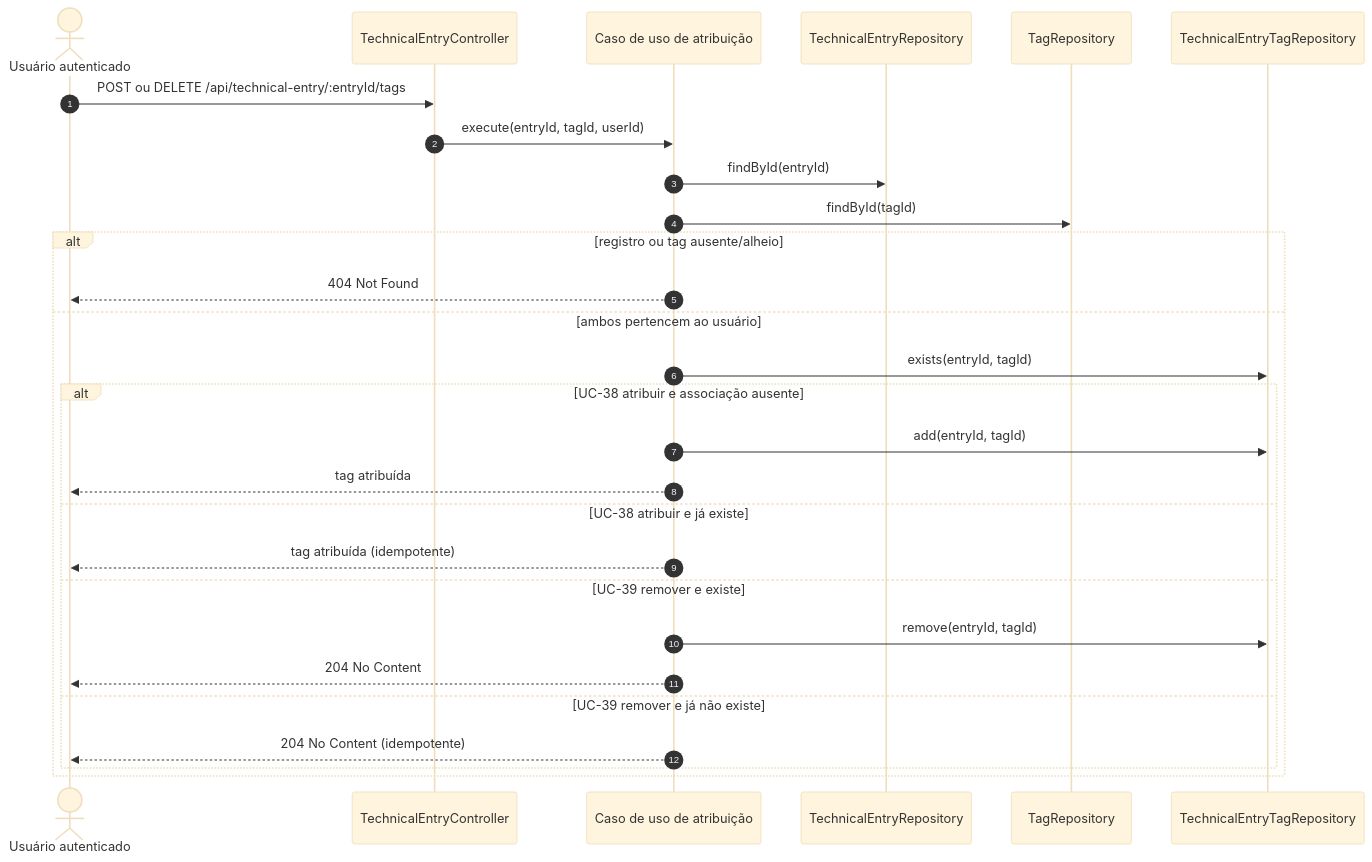
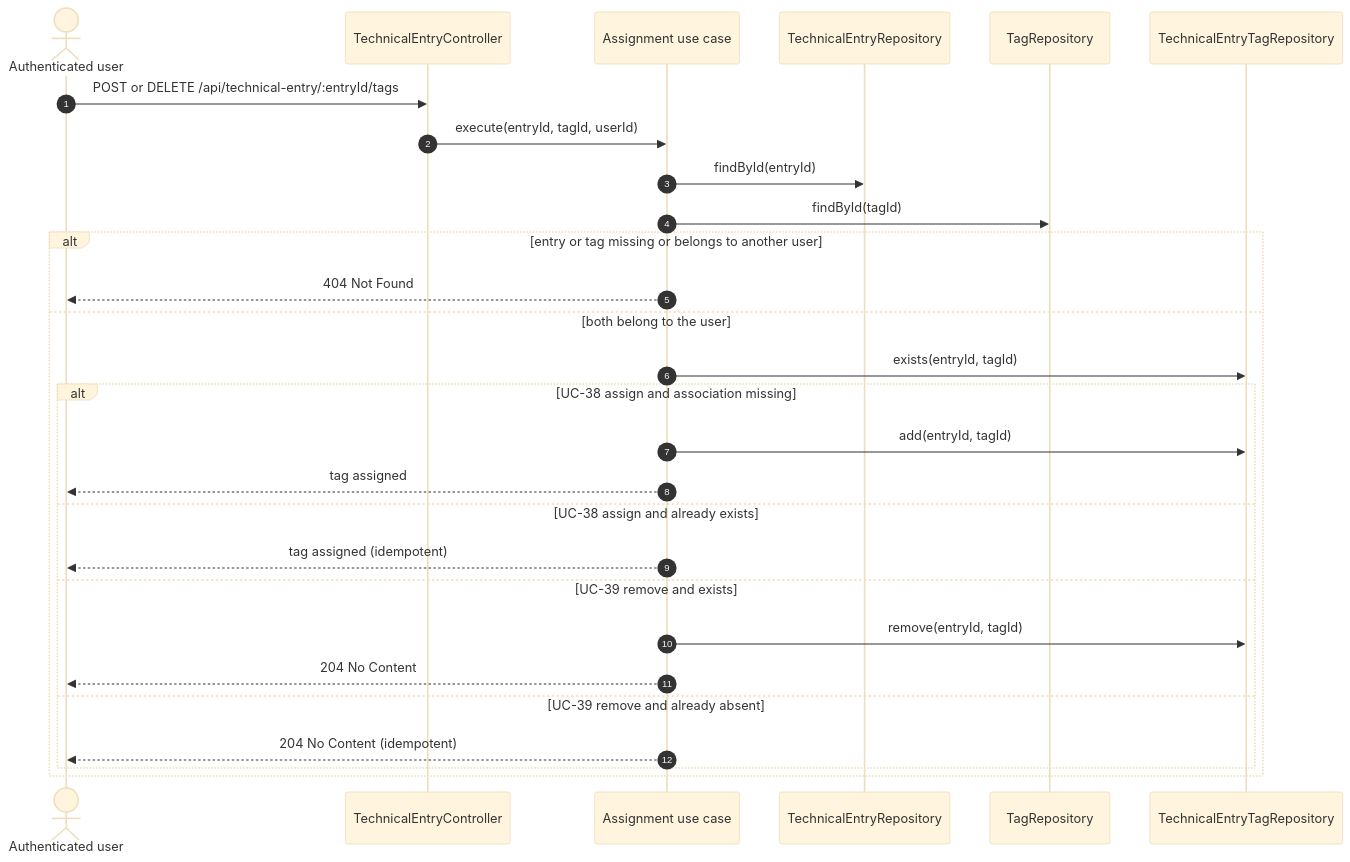
The fifth of 6 diagrams in docs/diagrams/sequences/technical-entries.md (Lucalopezz/DevLog), drawn with Mermaid (base theme) before and after one commit. The commit also changed other lines of this file and 235 other files, not shown here.

````diff
--- a/docs/diagrams/sequences/technical-entries.md
+++ b/docs/diagrams/sequences/technical-entries.md
@@ -161,31 +161,31 @@
 ```mermaid
 sequenceDiagram
     autonumber
-    actor Usuario as Usuário autenticado
+    actor UserActor as Authenticated user
     participant C as TechnicalEntryController
-    participant UC as Caso de uso de atribuição
+    participant UC as Assignment use case
     participant ERepo as TechnicalEntryRepository
     participant TRepo as TagRepository
     participant LinkRepo as TechnicalEntryTagRepository
 
-    Usuario->>C: POST ou DELETE /api/technical-entry/:entryId/tags
+    UserActor->>C: POST or DELETE /api/technical-entry/:entryId/tags
     C->>UC: execute(entryId, tagId, userId)
     UC->>ERepo: findById(entryId)
     UC->>TRepo: findById(tagId)
-    alt registro ou tag ausente/alheio
-        UC-->>Usuario: 404 Not Found
-    else ambos pertencem ao usuário
+    alt entry or tag missing or belongs to another user
+        UC-->>UserActor: 404 Not Found
+    else both belong to the user
         UC->>LinkRepo: exists(entryId, tagId)
-        alt UC-38 atribuir e associação ausente
+        alt UC-38 assign and association missing
             UC->>LinkRepo: add(entryId, tagId)
-            UC-->>Usuario: tag atribuída
-        else UC-38 atribuir e já existe
-            UC-->>Usuario: tag atribuída (idempotente)
-        else UC-39 remover e existe
+            UC-->>UserActor: tag assigned
+        else UC-38 assign and already exists
+            UC-->>UserActor: tag assigned (idempotent)
+        else UC-39 remove and exists
             UC->>LinkRepo: remove(entryId, tagId)
-            UC-->>Usuario: 204 No Content
-        else UC-39 remover e já não existe
-            UC-->>Usuario: 204 No Content (idempotente)
+            UC-->>UserActor: 204 No Content
+        else UC-39 remove and already absent
+            UC-->>UserActor: 204 No Content (idempotent)
         end
     end
 ```
````
